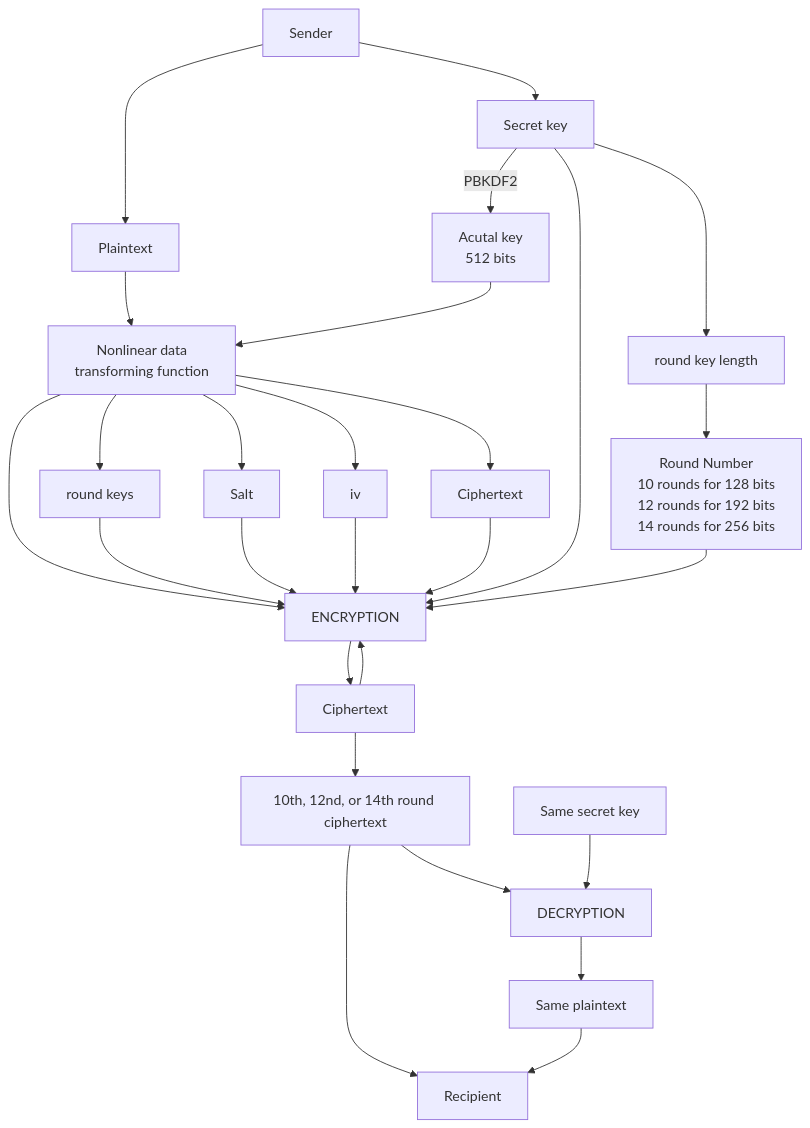
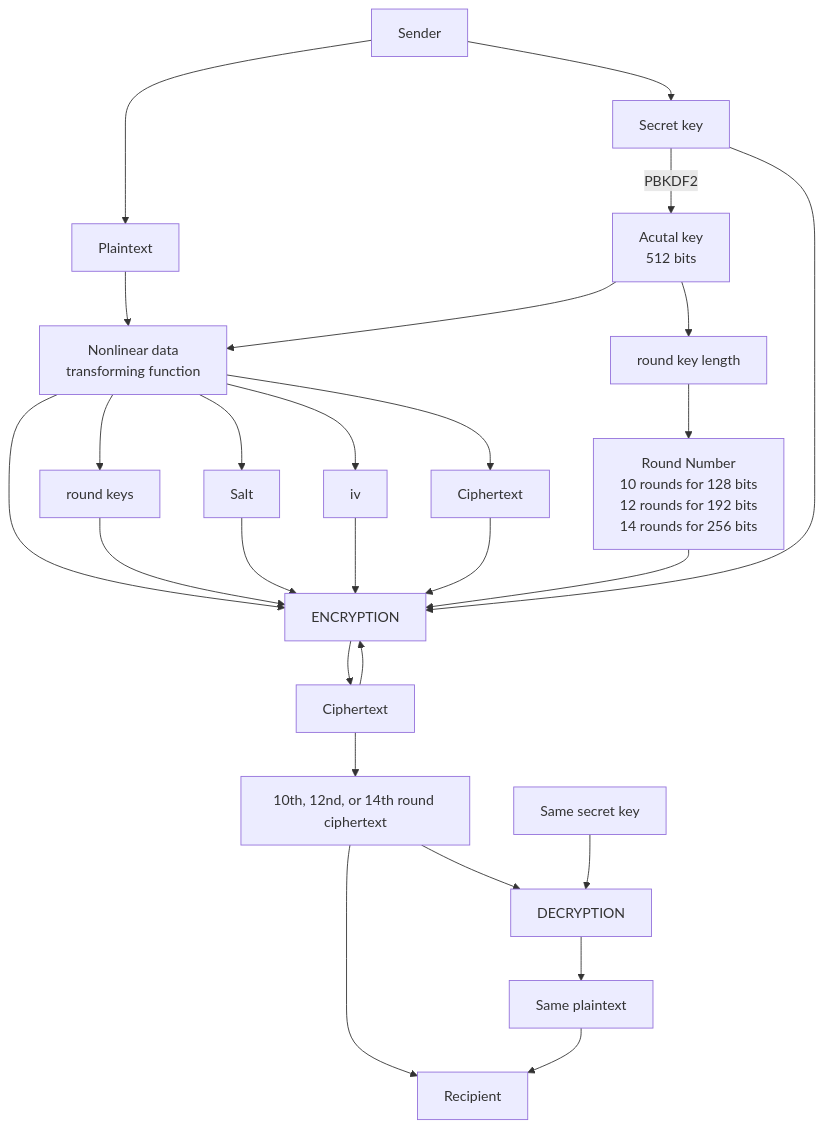
The diagram in README.md (Kietpawpan/encryption), drawn with Mermaid before and after one commit.

````diff
--- a/README.md
+++ b/README.md
@@ -5,16 +5,16 @@
 ```mermaid
 flowchart TD
     A[Sender] --> B[Plaintext]-->FC
     C[Secret key]--PBKDF2-->AK[Acutal key\n512 bits]-->FC-->D[ENCRYPTION]-->E[Ciphertext]-->D
     E-->FN[10th, 12nd, or 14th round ciphertext]-->F[Recipient]
     C2[Same secret key]-->G[DECRYPTION]-->I[Same plaintext]-->F
      FN-->G
 A-->C-->D
 RK[round keys]-->D
-C-->RKL[round key length]-->RN[Round Number\n10 rounds for 128 bits\n12 rounds for 192 bits\n14 rounds for 256 bits]-->D
+AK-->RKL[round key length]-->RN[Round Number\n10 rounds for 128 bits\n12 rounds for 192 bits\n14 rounds for 256 bits]-->D
 FC[Nonlinear data \ntransforming function]
 FC-->RK
 FC-->SL[Salt]-->D
 FC-->iv[iv]-->D
 FC-->CFT[Ciphertext]-->D
 ```
````
